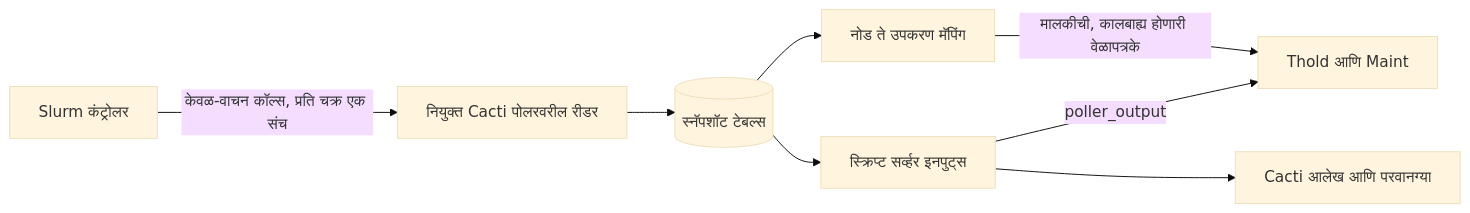
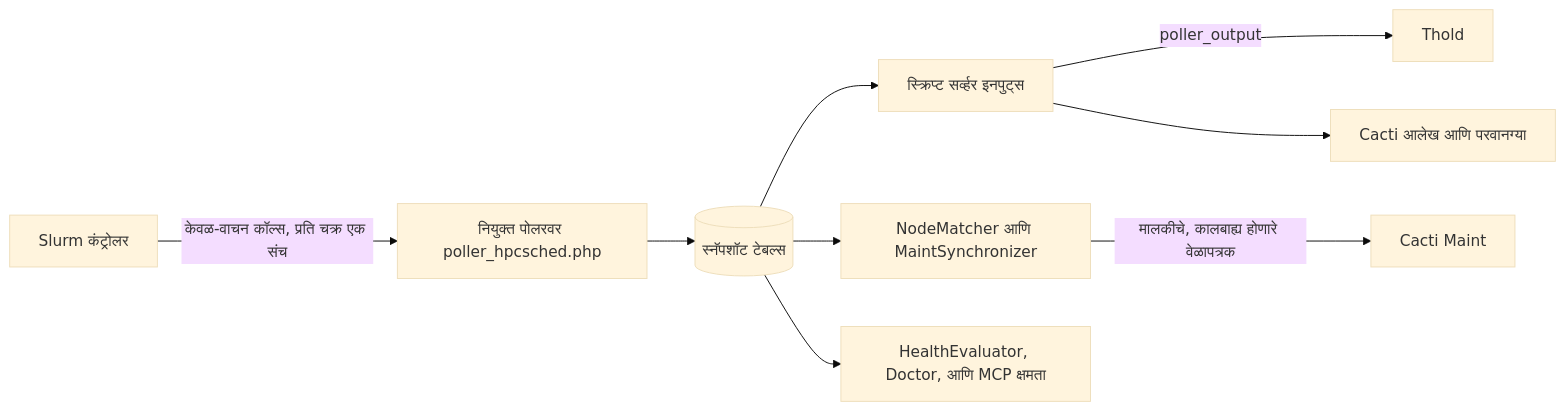
Before and after one commit to somethingwithproof/plugin_hpcsched: the diagram in docs/i18n/mr-IN/README.md, drawn with Mermaid (base theme). The commit also changed other lines of this file and 48 other files, not shown here.

````diff
--- a/docs/i18n/mr-IN/README.md
+++ b/docs/i18n/mr-IN/README.md
@@ -109,10 +163,11 @@
 ```mermaid
 flowchart LR
-    S[Slurm कंट्रोलर] -->|केवळ-वाचन कॉल्स, प्रति चक्र एक संच| R[नियुक्त Cacti पोलरवरील रीडर]
+    S[Slurm कंट्रोलर] -->|केवळ-वाचन कॉल्स, प्रति चक्र एक संच| R[नियुक्त पोलरवर poller_hpcsched.php]
     R --> SNAP[(स्नॅपशॉट टेबल्स)]
     SNAP --> SS[स्क्रिप्ट सर्व्हर इनपुट्स]
-    SS -->|poller_output| T[Thold आणि Maint]
+    SS -->|poller_output| T[Thold]
     SS --> G[Cacti आलेख आणि परवानग्या]
-    SNAP --> MAP[नोड ते उपकरण मॅपिंग]
-    MAP -->|मालकीची, कालबाह्य होणारी वेळापत्रके| T
+    SNAP --> MAP[NodeMatcher आणि MaintSynchronizer]
+    MAP -->|मालकीचे, कालबाह्य होणारे वेळापत्रक| M[Cacti Maint]
+    SNAP --> H[HealthEvaluator, Doctor, आणि MCP क्षमता]
 ```
````
